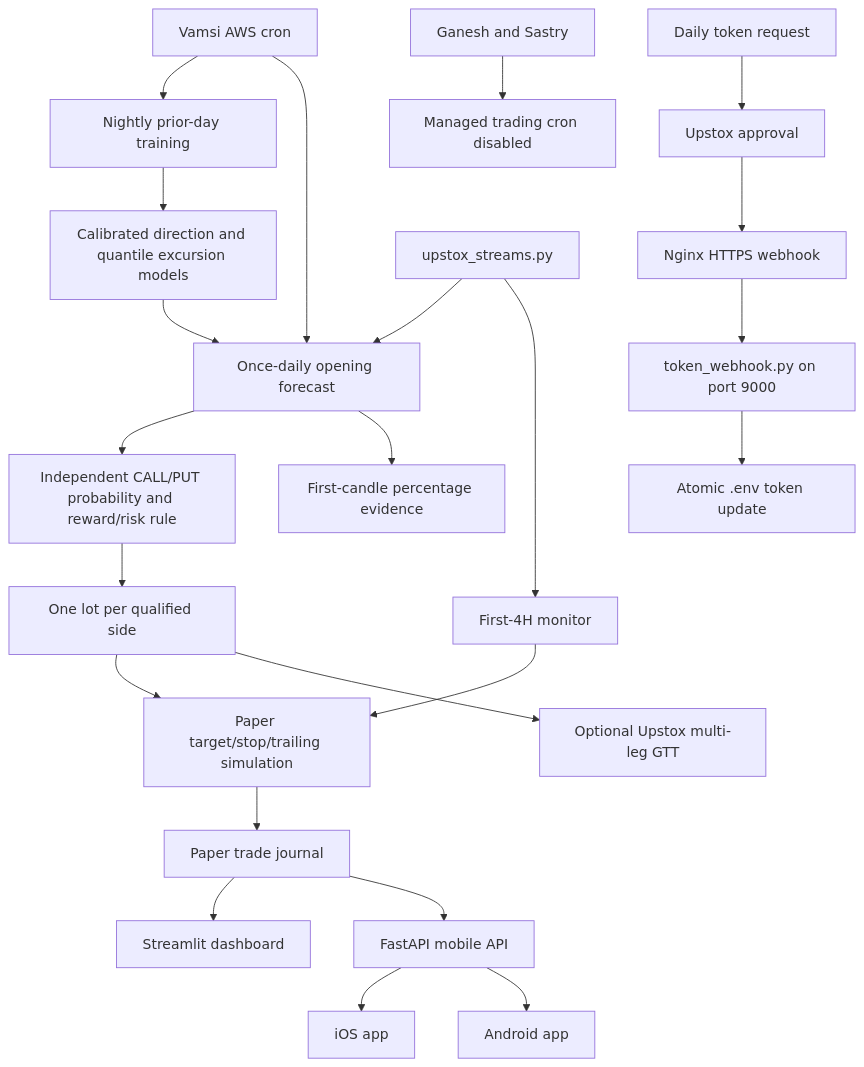
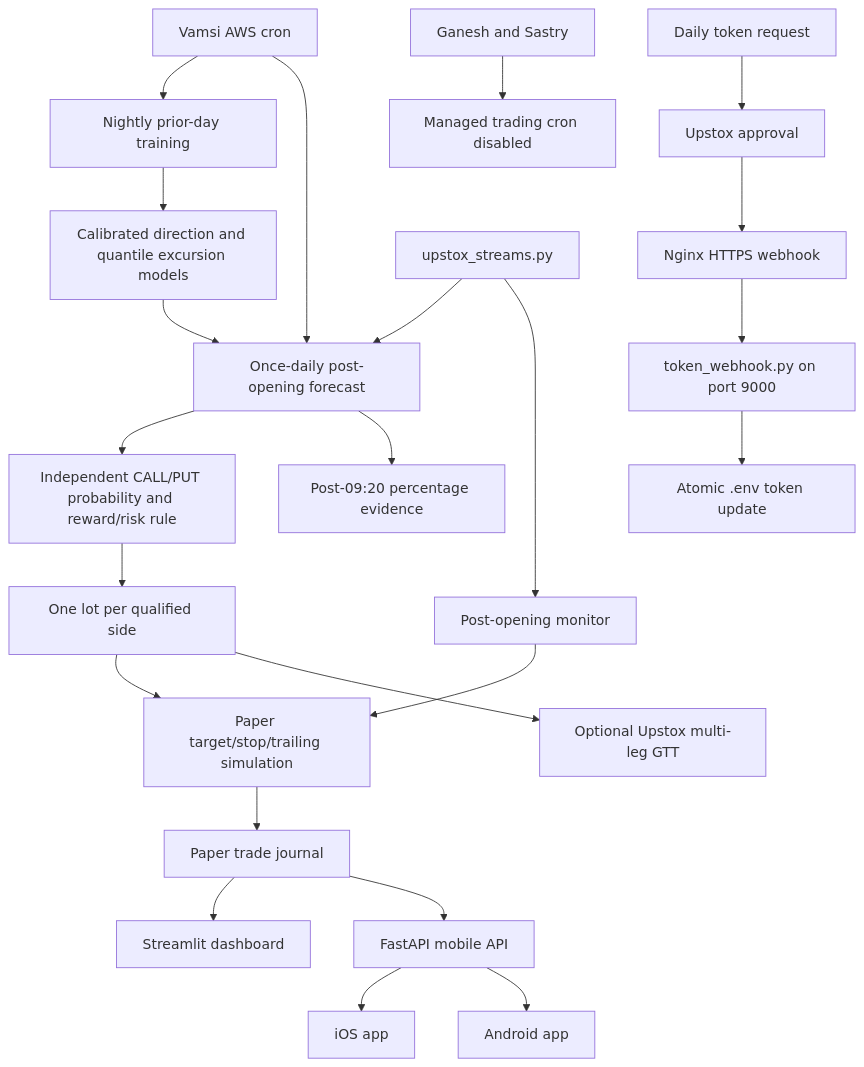
One commit to vkp2498-spec/trading-app changed the diagram in PROJECT_ARCHITECTURE_AND_HANDOFF.md. Above: the diagram before and after it, drawn with Mermaid. The commit also changed other lines of this file and 10 other files, not shown here.

Commit message:
Shift ML forecast to post-opening window

````diff
--- a/PROJECT_ARCHITECTURE_AND_HANDOFF.md
+++ b/PROJECT_ARCHITECTURE_AND_HANDOFF.md
@@ -51,29 +51,29 @@
 ```mermaid
 flowchart TD
     CRON["Vamsi AWS cron"] --> TRAIN["Nightly prior-day training"]
-    CRON --> SCORE["Once-daily opening forecast"]
+    CRON --> SCORE["Once-daily post-opening forecast"]
     TRAIN --> MODEL["Calibrated direction and quantile excursion models"]
     MODEL --> SCORE
     SCORE --> RULE["Independent CALL/PUT probability and reward/risk rule"]
     RULE --> EXEC["One lot per qualified side"]
     EXEC --> PAPER["Paper target/stop/trailing simulation"]
     EXEC --> GTT["Optional Upstox multi-leg GTT"]
-    MON["First-4H monitor"] --> PAPER
+    MON["Post-opening monitor"] --> PAPER
     PAPER --> JOURNAL["Paper trade journal"]
-    SCORE --> EVIDENCE["First-candle percentage evidence"]
+    SCORE --> EVIDENCE["Post-09:20 percentage evidence"]
 
     JOURNAL --> DASH["Streamlit dashboard"]
     JOURNAL --> API["FastAPI mobile API"]
     API --> IOS["iOS app"]
     API --> ANDROID["Android app"]
 
     TOKEN["Daily token request"] --> APPROVAL["Upstox approval"]
     APPROVAL --> NGINX["Nginx HTTPS webhook"]
     NGINX --> WEBHOOK["token_webhook.py on port 9000"]
     WEBHOOK --> ENV["Atomic .env token update"]
 
     STREAM["upstox_streams.py"] --> SCORE
     STREAM --> MON
 
     DISABLED["Ganesh and Sastry"] --> OFF["Managed trading cron disabled"]
 ```
````
